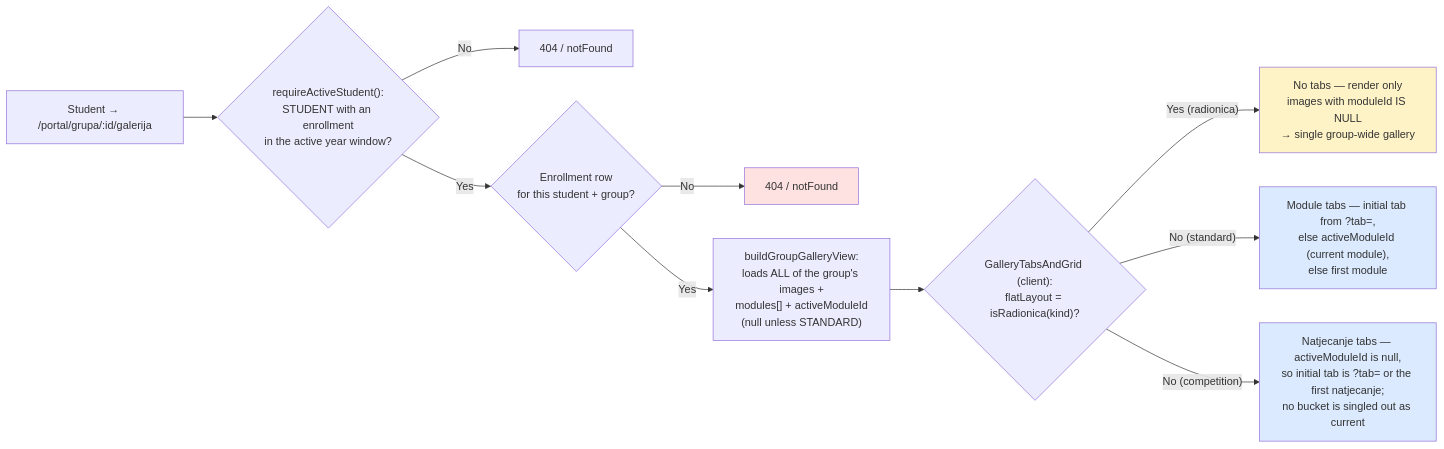
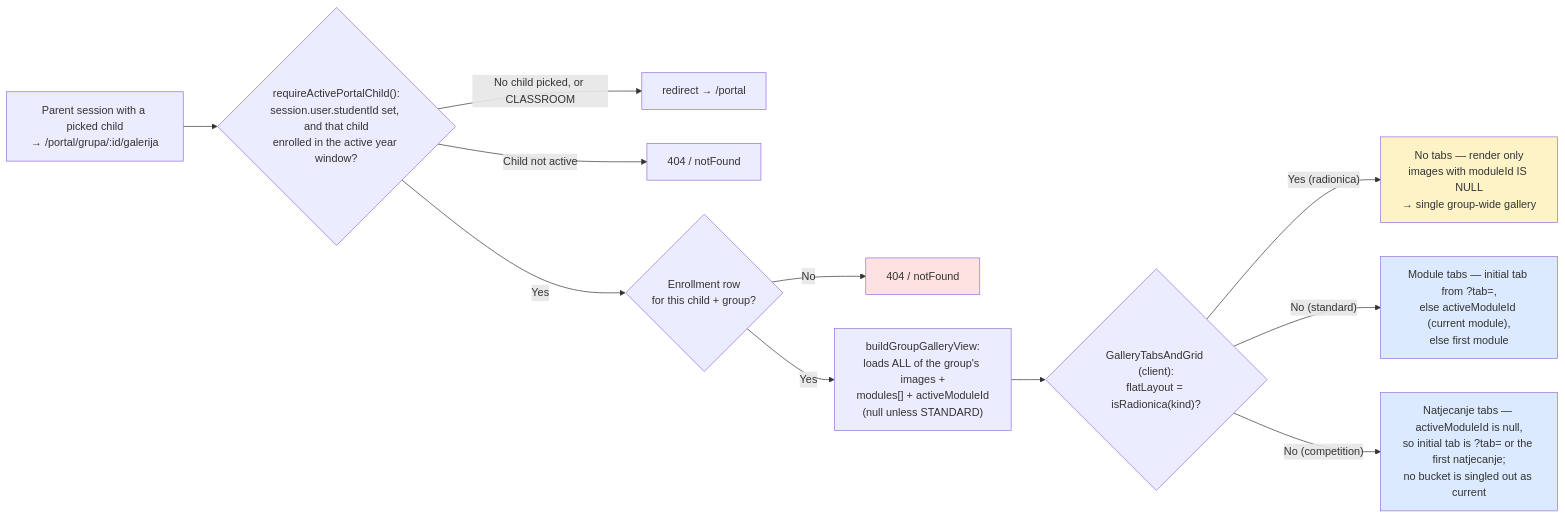
One commit to jpucic00/inovatic changed the third of 4 diagrams in docs/diagrams/gallery-scope.md. Above: the diagram before and after it, drawn with Mermaid. The commit also changed other lines of this file and 22 other files, not shown here.

````diff
--- a/docs/diagrams/gallery-scope.md
+++ b/docs/diagrams/gallery-scope.md
@@ -84,17 +84,18 @@
 ```mermaid
 flowchart LR
-    A["Student → /portal/grupa/:id/galerija"] --> G{"requireActiveStudent():<br/>STUDENT with an enrollment<br/>in the active year window?"}
-    G -->|No| NF404["404 / notFound"]
-    G -->|Yes| B{Enrollment row<br/>for this student + group?}
+    A["Parent session with a picked child<br/>→ /portal/grupa/:id/galerija"] --> G{"requireActivePortalChild():<br/>session.user.studentId set, and that child<br/>enrolled in the active year window?"}
+    G -->|"No child picked, or CLASSROOM"| RP["redirect → /portal"]
+    G -->|"Child not active"| NF404["404 / notFound"]
+    G -->|Yes| B{Enrollment row<br/>for this child + group?}
     B -->|No| NF[404 / notFound]
     B -->|Yes| V["buildGroupGalleryView:<br/>loads ALL of the group's images +<br/>modules[] + activeModuleId<br/>(null unless STANDARD)"]
     V --> C{"GalleryTabsAndGrid (client):<br/>flatLayout = isRadionica(kind)?"}
     C -->|"Yes (radionica)"| R["No tabs — render only<br/>images with moduleId IS NULL<br/>→ single group-wide gallery"]
     C -->|"No (standard)"| S["Module tabs — initial tab from ?tab=,<br/>else activeModuleId (current module),<br/>else first module"]
     C -->|"No (competition)"| K["Natjecanje tabs — activeModuleId is null,<br/>so initial tab is ?tab= or the first natjecanje;<br/>no bucket is singled out as current"]
 
     style NF fill:#fee2e2
     style R fill:#fef3c7
     style S fill:#dbeafe
     style K fill:#dbeafe
 ```
````
